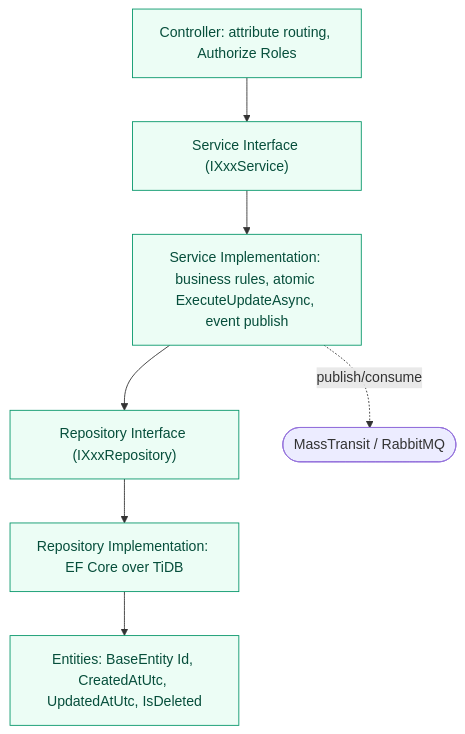
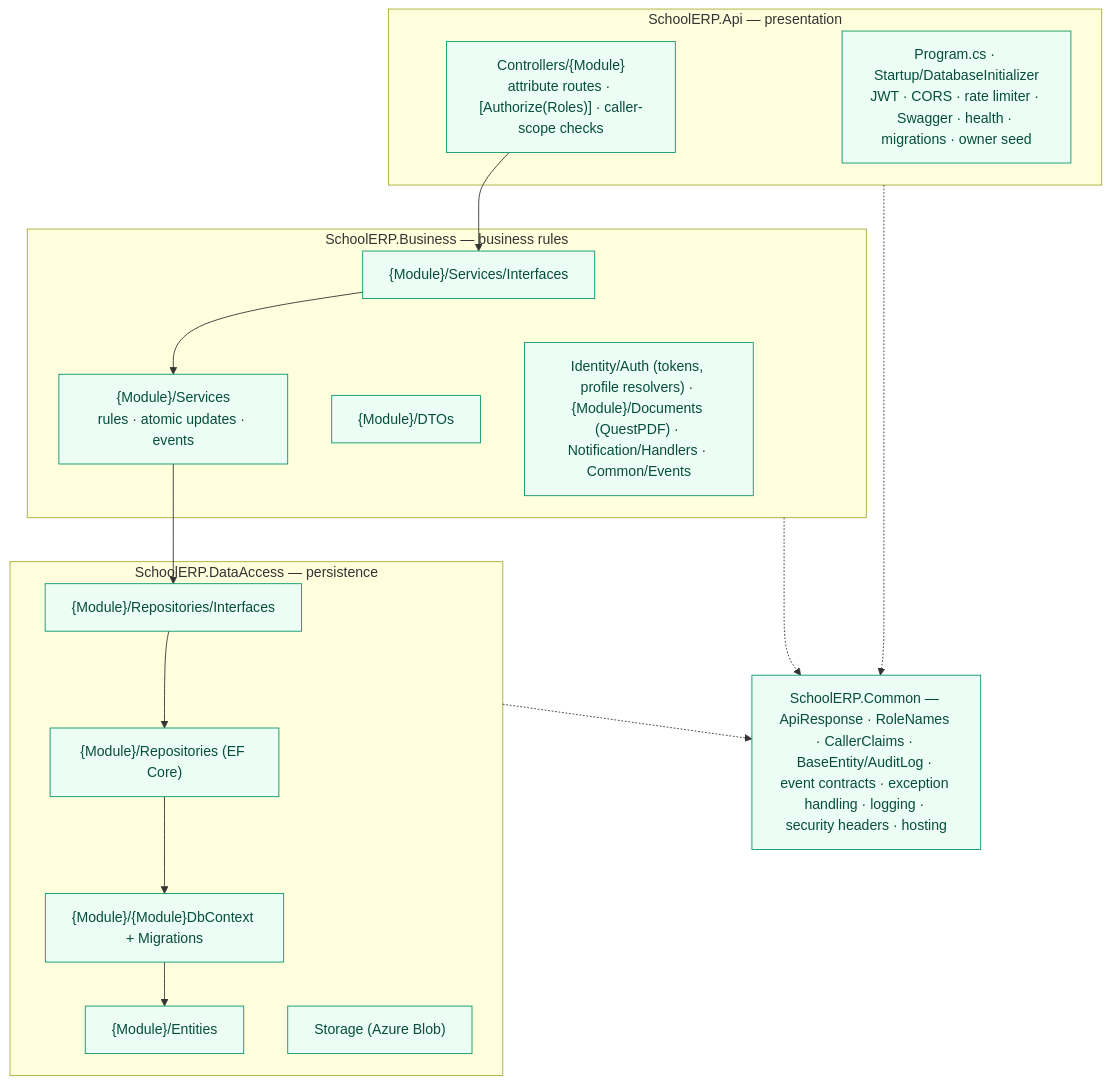
One commit to ojas2005/GKMPS-School-portal changed the third of 17 diagrams in ARCHITECTURE.md. Above: the diagram before and after it, drawn with Mermaid. The commit also changed other lines of this file and 2 other files, not shown here.

First line of the commit message:
Document the n-tier architecture

````diff
--- a/ARCHITECTURE.md
+++ b/ARCHITECTURE.md
@@ -99,11 +79,28 @@
 ```mermaid
 flowchart TB
-  C["Controller: attribute routing, Authorize Roles"] --> SI["Service Interface (IXxxService)"]
-  SI --> SImpl["Service Implementation: business rules, atomic ExecuteUpdateAsync, event publish"]
-  SImpl --> RI["Repository Interface (IXxxRepository)"]
-  RI --> R["Repository Implementation: EF Core over TiDB"]
-  R --> E["Entities: BaseEntity Id, CreatedAtUtc, UpdatedAtUtc, IsDeleted"]
-  SImpl -.publish/consume.-> MQ(["MassTransit / RabbitMQ"])
+  subgraph P["SchoolERP.Api — presentation"]
+    C["Controllers/{Module}<br/>attribute routes · [Authorize(Roles)] · caller-scope checks"]
+    PR["Program.cs · Startup/DatabaseInitializer<br/>JWT · CORS · rate limiter · Swagger · health · migrations · owner seed"]
+  end
+  subgraph B["SchoolERP.Business — business rules"]
+    SI["{Module}/Services/Interfaces"] --> S["{Module}/Services<br/>rules · atomic updates · events"]
+    D["{Module}/DTOs"]
+    X["Identity/Auth (tokens, profile resolvers) · {Module}/Documents (QuestPDF) · Notification/Handlers · Common/Events"]
+  end
+  subgraph DA["SchoolERP.DataAccess — persistence"]
+    RI["{Module}/Repositories/Interfaces"] --> R["{Module}/Repositories (EF Core)"]
+    CTX["{Module}/{Module}DbContext + Migrations"]
+    EN["{Module}/Entities"]
+    ST["Storage (Azure Blob)"]
+  end
+  CM["SchoolERP.Common — ApiResponse · RoleNames · CallerClaims · BaseEntity/AuditLog · event contracts · exception handling · logging · security headers · hosting"]
+
+  C --> SI
+  S --> RI
+  R --> CTX --> EN
+  P -.-> CM
+  B -.-> CM
+  DA -.-> CM
   classDef n fill:#ecfdf5,stroke:#059669,color:#064e3b;
-  class C,SI,SImpl,RI,R,E n;
+  class C,PR,SI,S,D,X,RI,R,CTX,EN,ST,CM n;
 ```
````
